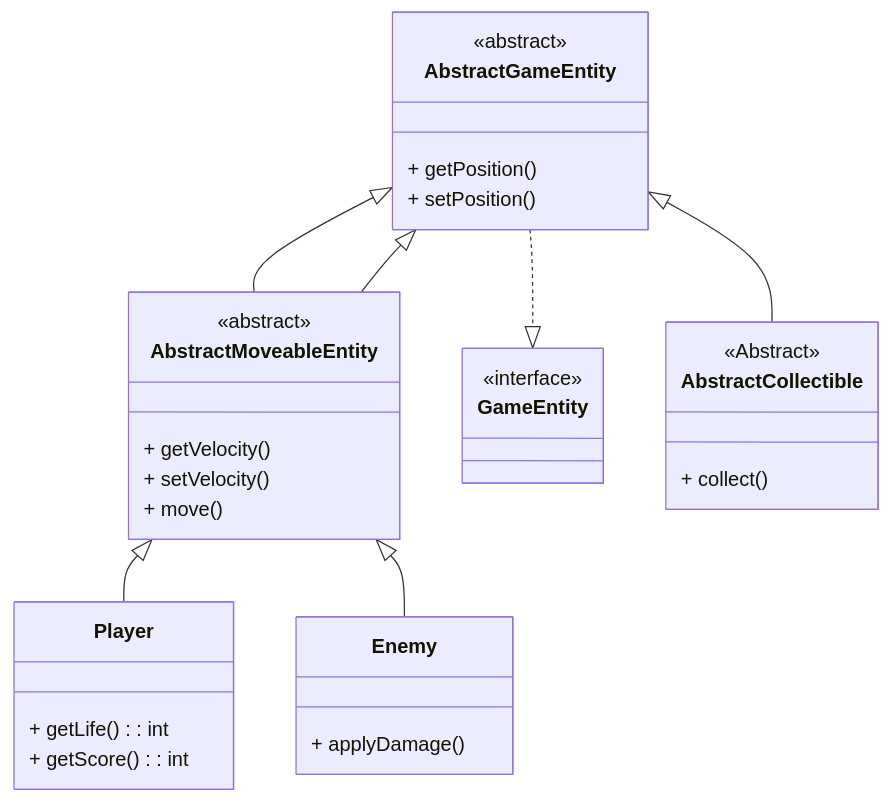
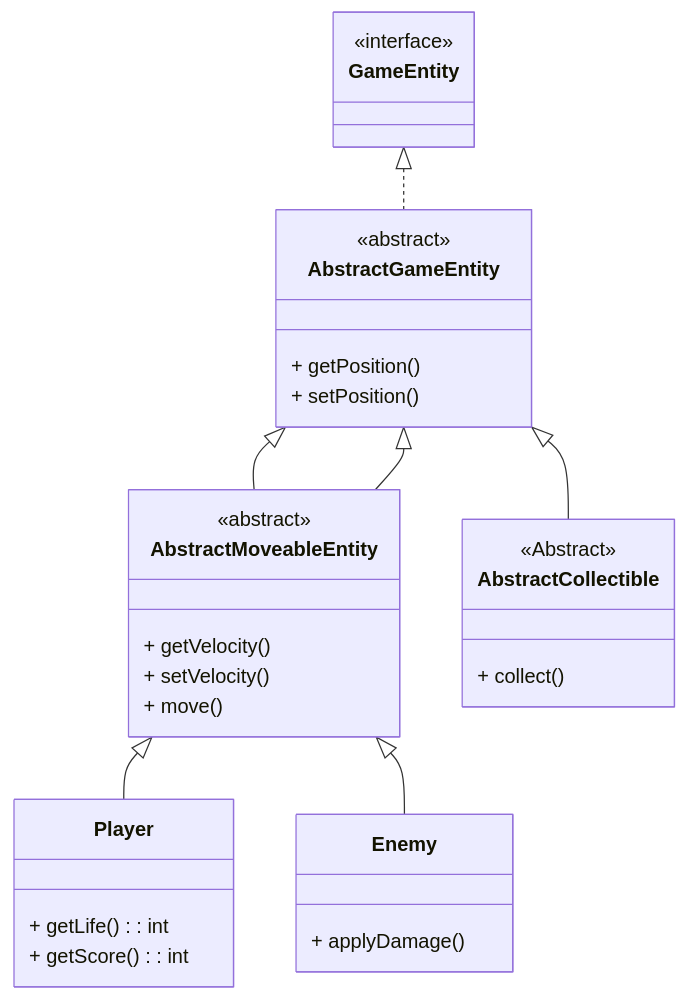
One commit to unibo-oop-projects/OOP23-FilippoMassariFilippoMassari6studio-MatteoBagnolini-FilippoMassari-SaadElMaliki-Matteo-SUPSON changed the diagram in report.md. Above: the diagram before and after it, drawn with Mermaid.

Commit message:
update report

````diff
--- a/report.md
+++ b/report.md
@@ -33,40 +33,40 @@
 ```mermaid
 classDiagram
     class AbstractGameEntity {
         <<abstract>>
         + getPosition()
         + setPosition()
     }
     
     class AbstractMoveableEntity {
         <<abstract>>
         + getVelocity()
         + setVelocity()
         + move()
     }
 
     class Player {
         + getLife() : int
         + getScore() : int
     }
 
     class GameEntity {
         <<interface>>
     }
 
     class AbstractCollectible {
         <<Abstract>>
         + collect()
     }
 
     class Enemy {
         + applyDamage()
     }
 
-    AbstractGameEntity ..|> GameEntity
+    GameEntity <|.. AbstractGameEntity
     AbstractGameEntity <|-- AbstractMoveableEntity
     AbstractGameEntity <|-- AbstractCollectible
     AbstractGameEntity <|-- AbstractMoveableEntity
     AbstractMoveableEntity <|-- Player
     AbstractMoveableEntity <|-- Enemy
 ```
````
